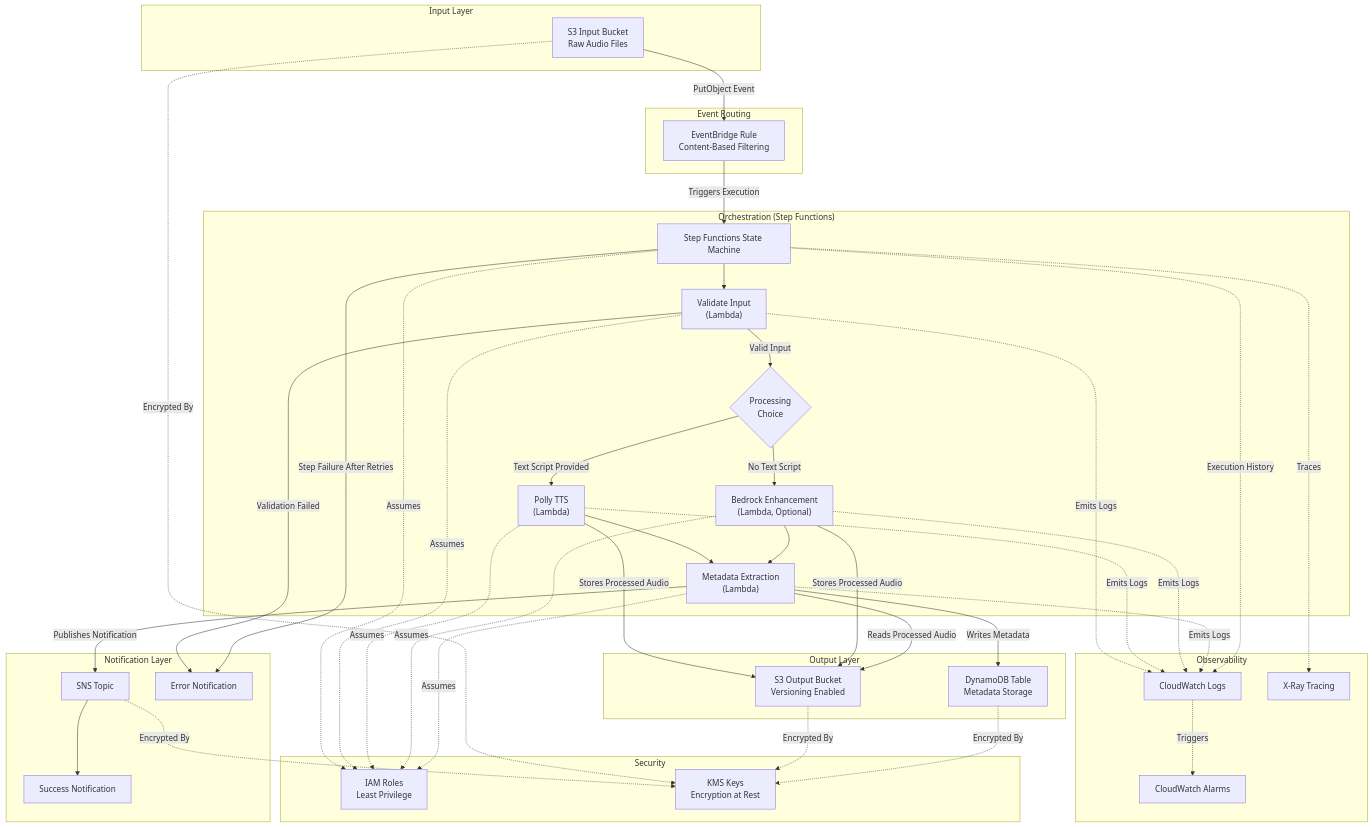
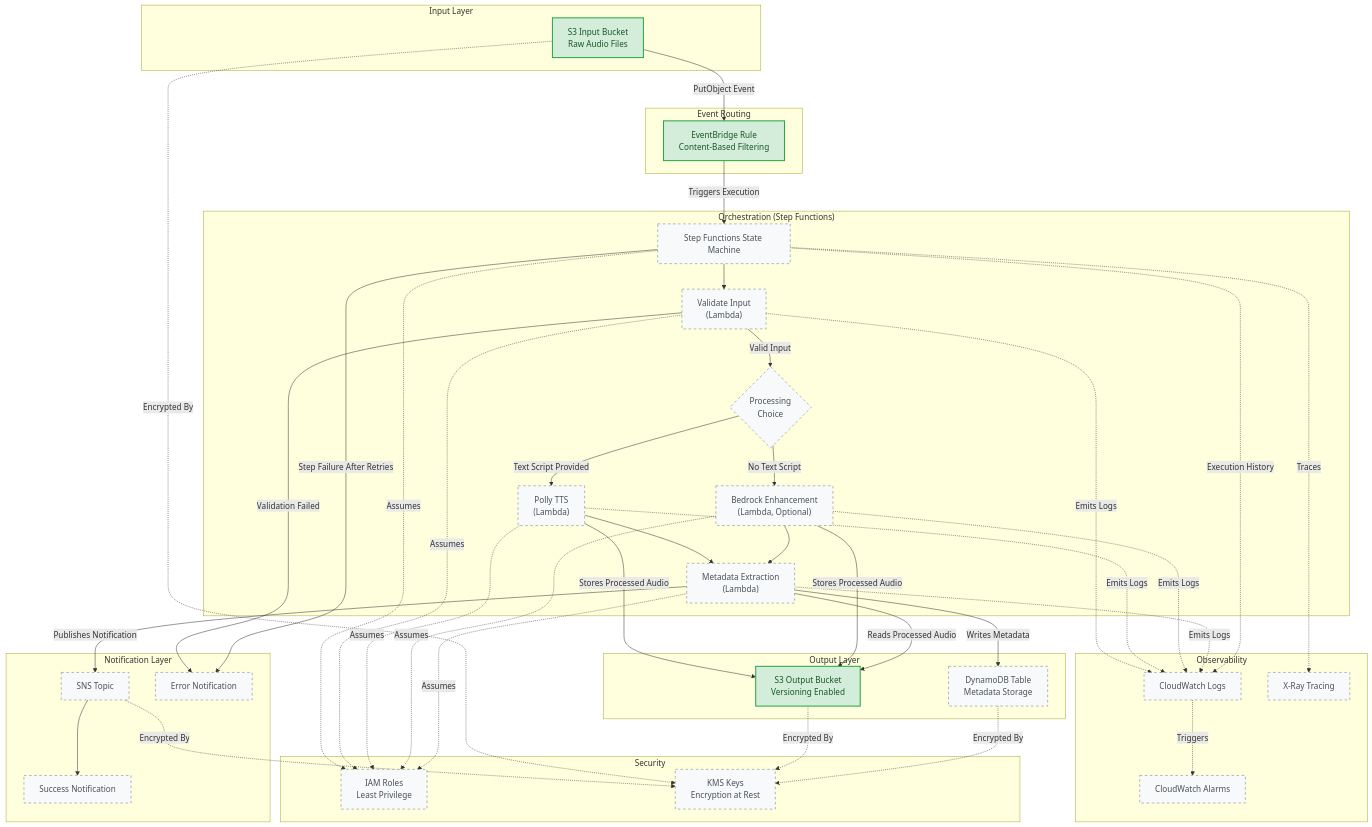
The diagram in ARCHITECTURE.md (obstreperous-ai/cdk-sleep-java-kiro), drawn with Mermaid before and after one commit. The commit also changed other lines of this file and 1 other file, not shown here.

First line of the commit message:
docs: update ARCHITECTURE.md with implementation status and diagram styling

````diff
--- a/ARCHITECTURE.md
+++ b/ARCHITECTURE.md
@@ -264,4 +286,15 @@
     PollyTTS -.->|"Assumes"| IAMRoles
     BedrockEnhance -.->|"Assumes"| IAMRoles
     MetadataExtract -.->|"Assumes"| IAMRoles
+
+    %% Styling: Green for implemented components, gray/dashed for planned
+    classDef implemented fill:#d4edda,stroke:#28a745,stroke-width:2px,color:#155724
+    classDef planned fill:#f8f9fa,stroke:#6c757d,stroke-width:1px,stroke-dasharray:5 5,color:#495057
+
+    class S3Input,S3Output,EBRule implemented
+    class SFN,Validate,Choice,PollyTTS,BedrockEnhance,MetadataExtract,DDB,SNSTopic,SuccessPath,ErrorPath,CWLogs,CWAlarms,XRay,IAMRoles,KMSKeys planned
+
+    %% Legend:
+    %% Green (solid border) = Implemented
+    %% Gray (dashed border) = Planned
 ```
````
